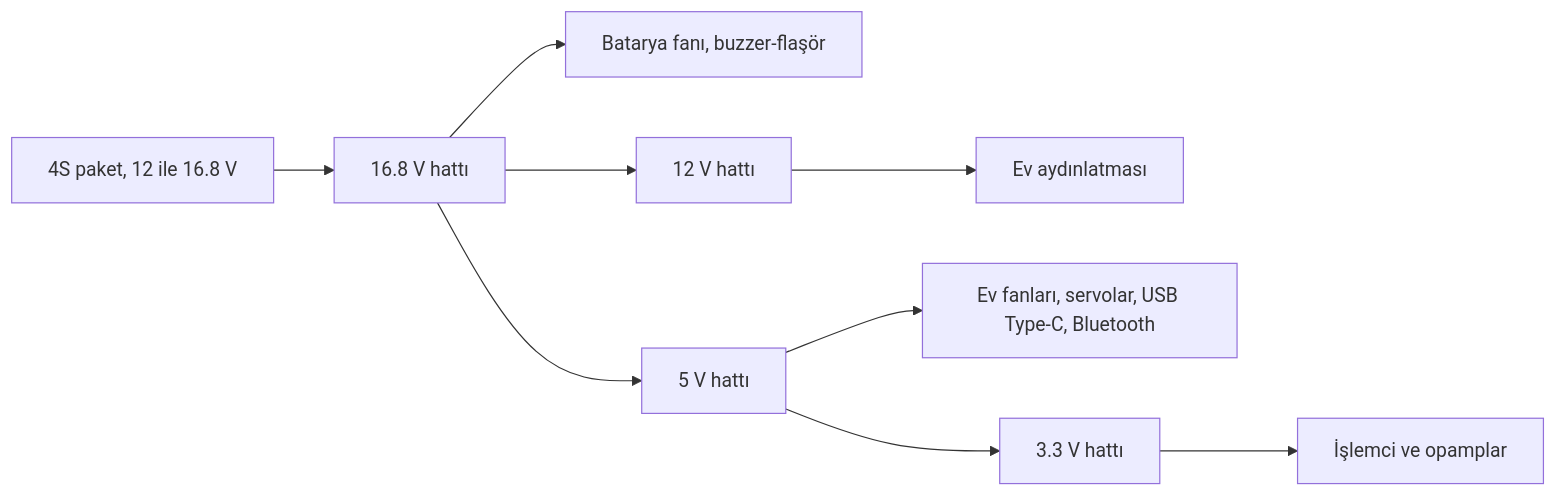
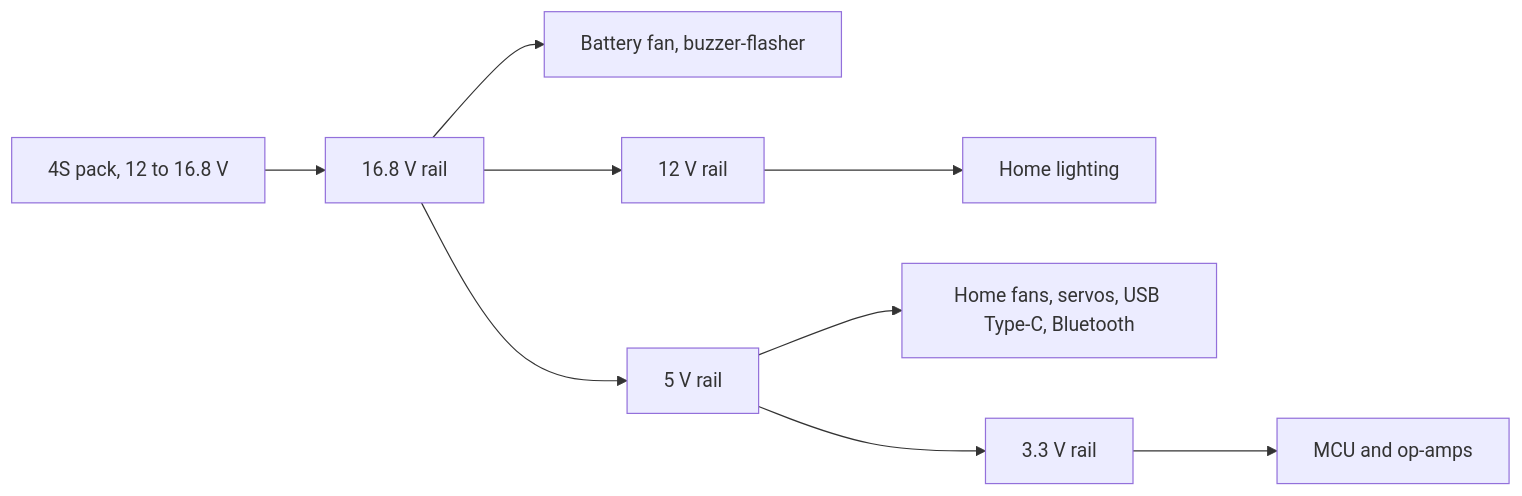
Before and after one commit to meyubcan/stm32-4s-bms-home-automation: the third of 6 diagrams in README.md, drawn with Mermaid. The commit also changed other lines of this file and 1 other file, not shown here.

````diff
--- a/README.md
+++ b/README.md
@@ -106,11 +122,11 @@
 ```mermaid
 flowchart LR
-    BAT[4S paket, 12 ile 16.8 V] --> R16[16.8 V hattı]
-    R16 --> L16[Batarya fanı, buzzer-flaşör]
-    R16 --> R12[12 V hattı]
-    R16 --> R5[5 V hattı]
-    R12 --> L12[Ev aydınlatması]
-    R5 --> L5[Ev fanları, servolar, USB Type-C, Bluetooth]
-    R5 --> R3[3.3 V hattı]
-    R3 --> L3[İşlemci ve opamplar]
+    BAT[4S pack, 12 to 16.8 V] --> R16[16.8 V rail]
+    R16 --> L16[Battery fan, buzzer-flasher]
+    R16 --> R12[12 V rail]
+    R16 --> R5[5 V rail]
+    R12 --> L12[Home lighting]
+    R5 --> L5[Home fans, servos, USB Type-C, Bluetooth]
+    R5 --> R3[3.3 V rail]
+    R3 --> L3[MCU and op-amps]
 ```
````
